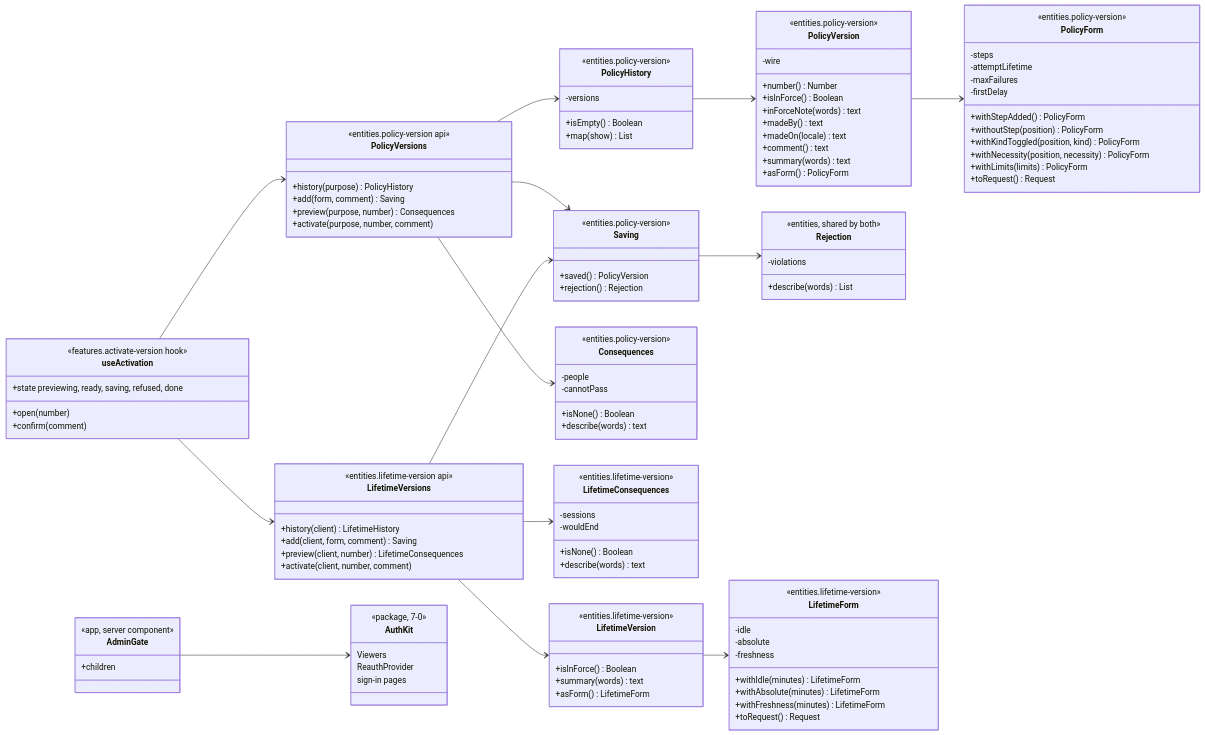
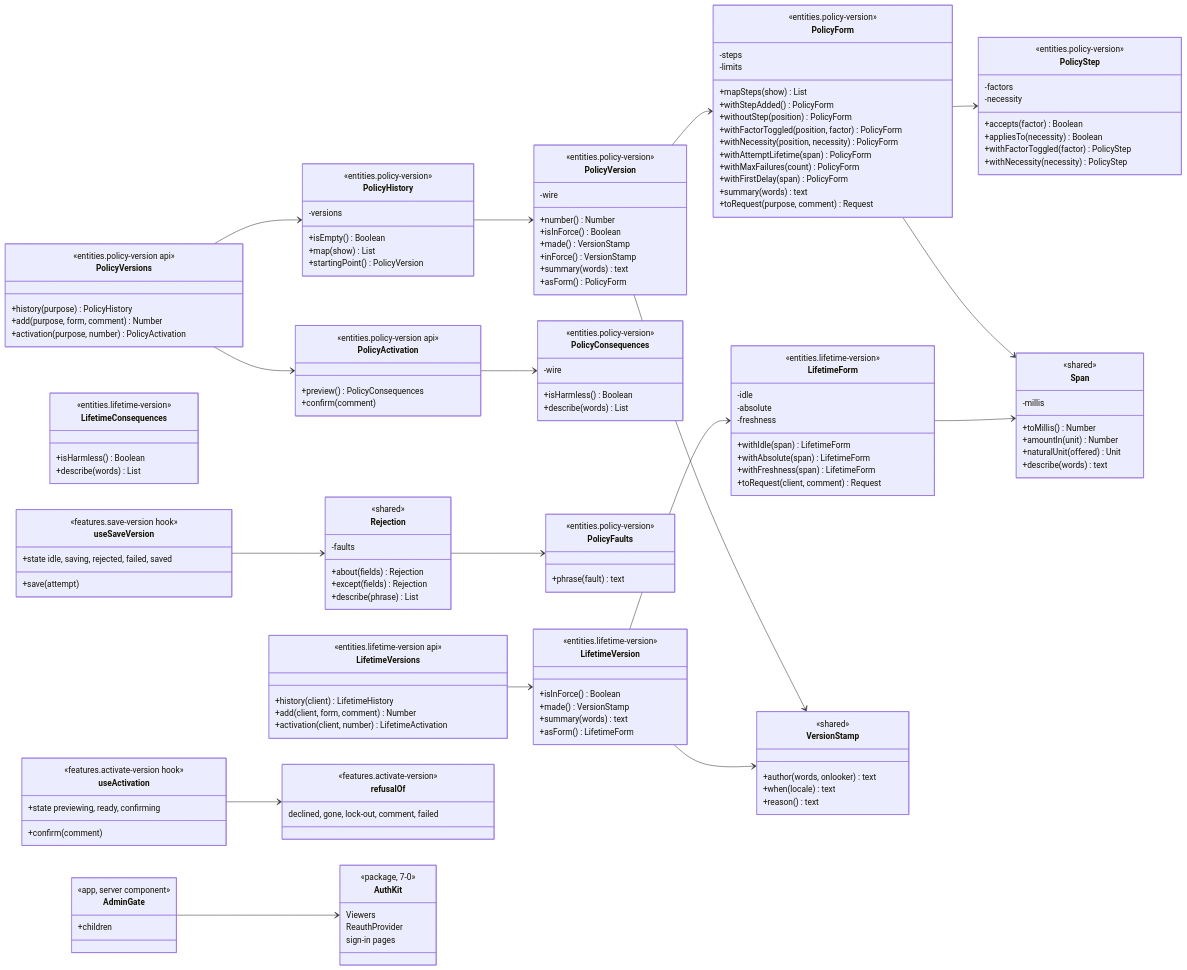
One commit to yuriisurzhykov/Tallyvane changed the sixth of 6 diagrams in docs/backend/07-authentication-slice-7-admin.md. Above: the diagram before and after it, drawn with Mermaid. The commit also changed other lines of this file and 103 other files, not shown here.

First line of the commit message:
Add the admin gate and the policy and lifetime version screens (slice 7c)

````diff
--- a/docs/backend/07-authentication-slice-7-admin.md
+++ b/docs/backend/07-authentication-slice-7-admin.md
@@ -465,75 +476,75 @@
     class PolicyVersions {
         <<entities.policy-version api>>
         +history(purpose) PolicyHistory
-        +add(form, comment) Saving
-        +preview(purpose, number) Consequences
-        +activate(purpose, number, comment)
+        +add(purpose, form, comment) Number
+        +activation(purpose, number) PolicyActivation
+    }
+    class PolicyActivation {
+        <<entities.policy-version api>>
+        +preview() PolicyConsequences
+        +confirm(comment)
     }
     class PolicyHistory {
         <<entities.policy-version>>
         -versions
         +isEmpty() Boolean
         +map(show) List
+        +startingPoint() PolicyVersion
     }
     class PolicyVersion {
         <<entities.policy-version>>
         -wire
         +number() Number
         +isInForce() Boolean
-        +inForceNote(words) text
-        +madeBy() text
-        +madeOn(locale) text
-        +comment() text
+        +made() VersionStamp
+        +inForce() VersionStamp
         +summary(words) text
         +asForm() PolicyForm
     }
     class PolicyForm {
         <<entities.policy-version>>
         -steps
-        -attemptLifetime
-        -maxFailures
-        -firstDelay
+        -limits
+        +mapSteps(show) List
         +withStepAdded() PolicyForm
         +withoutStep(position) PolicyForm
-        +withKindToggled(position, kind) PolicyForm
+        +withFactorToggled(position, factor) PolicyForm
         +withNecessity(position, necessity) PolicyForm
-        +withLimits(limits) PolicyForm
-        +toRequest() Request
+        +withAttemptLifetime(span) PolicyForm
+        +withMaxFailures(count) PolicyForm
+        +withFirstDelay(span) PolicyForm
+        +summary(words) text
+        +toRequest(purpose, comment) Request
     }
-    class Saving {
+    class PolicyStep {
         <<entities.policy-version>>
-        +saved() PolicyVersion
-        +rejection() Rejection
+        -factors
+        -necessity
+        +accepts(factor) Boolean
+        +appliesTo(necessity) Boolean
+        +withFactorToggled(factor) PolicyStep
+        +withNecessity(necessity) PolicyStep
     }
-    class Rejection {
-        <<entities, shared by both>>
-        -violations
+    class PolicyConsequences {
+        <<entities.policy-version>>
+        -wire
+        +isHarmless() Boolean
         +describe(words) List
     }
-    class Consequences {
+    class PolicyFaults {
         <<entities.policy-version>>
-        -people
-        -cannotPass
-        +isNone() Boolean
-        +describe(words) text
-    }
-    class LifetimeConsequences {
-        <<entities.lifetime-version>>
-        -sessions
-        -wouldEnd
-        +isNone() Boolean
-        +describe(words) text
+        +phrase(fault) text
     }
     class LifetimeVersions {
         <<entities.lifetime-version api>>
         +history(client) LifetimeHistory
-        +add(client, form, comment) Saving
-        +preview(client, number) LifetimeConsequences
-        +activate(client, number, comment)
+        +add(client, form, comment) Number
+        +activation(client, number) LifetimeActivation
     }
     class LifetimeVersion {
         <<entities.lifetime-version>>
         +isInForce() Boolean
+        +made() VersionStamp
         +summary(words) text
         +asForm() LifetimeForm
     }
@@ -542,38 +553,75 @@
         -idle
         -absolute
         -freshness
-        +withIdle(minutes) LifetimeForm
-        +withAbsolute(minutes) LifetimeForm
-        +withFreshness(minutes) LifetimeForm
-        +toRequest() Request
+        +withIdle(span) LifetimeForm
+        +withAbsolute(span) LifetimeForm
+        +withFreshness(span) LifetimeForm
+        +toRequest(client, comment) Request
+    }
+    class LifetimeConsequences {
+        <<entities.lifetime-version>>
+        +isHarmless() Boolean
+        +describe(words) List
+    }
+    class Span {
+        <<shared>>
+        -millis
+        +toMillis() Number
+        +amountIn(unit) Number
+        +naturalUnit(offered) Unit
+        +describe(words) text
+    }
+    class Rejection {
+        <<shared>>
+        -faults
+        +about(fields) Rejection
+        +except(fields) Rejection
+        +describe(phrase) List
+    }
+    class VersionStamp {
+        <<shared>>
+        +author(words, onlooker) text
+        +when(locale) text
+        +reason() text
+    }
+    class useSaveVersion {
+        <<features.save-version hook>>
+        +state idle, saving, rejected, failed, saved
+        +save(attempt)
     }
     class useActivation {
         <<features.activate-version hook>>
-        +state previewing, ready, saving, refused, done
-        +open(number)
+        +state previewing, ready, confirming
         +confirm(comment)
+    }
+    class refusalOf {
+        <<features.activate-version>>
+        declined, gone, lock-out, comment, failed
     }
     class AdminGate {
         <<app, server component>>
         +children
     }
+    PolicyVersions --> PolicyHistory
+    PolicyVersions --> PolicyActivation
+    PolicyHistory --> PolicyVersion
+    PolicyVersion --> PolicyForm
+    PolicyForm --> PolicyStep
+    PolicyActivation --> PolicyConsequences
+    PolicyForm --> Span
+    LifetimeVersions --> LifetimeVersion
+    LifetimeVersion --> LifetimeForm
+    LifetimeForm --> Span
+    PolicyVersion --> VersionStamp
+    LifetimeVersion --> VersionStamp
+    useSaveVersion --> Rejection
+    Rejection --> PolicyFaults
+    useActivation --> refusalOf
+    AdminGate --> AuthKit
     class AuthKit {
         <<package, 7-0>>
         Viewers
         ReauthProvider
         sign-in pages
     }
-    PolicyVersions --> PolicyHistory
-    PolicyHistory --> PolicyVersion
-    PolicyVersion --> PolicyForm
-    PolicyVersions --> Saving
-    Saving --> Rejection
-    PolicyVersions --> Consequences
-    LifetimeVersions --> LifetimeVersion
-    LifetimeVersion --> LifetimeForm
-    LifetimeVersions --> Saving
-    LifetimeVersions --> LifetimeConsequences
-    useActivation --> PolicyVersions
-    useActivation --> LifetimeVersions
-    AdminGate --> AuthKit
 ```
````
